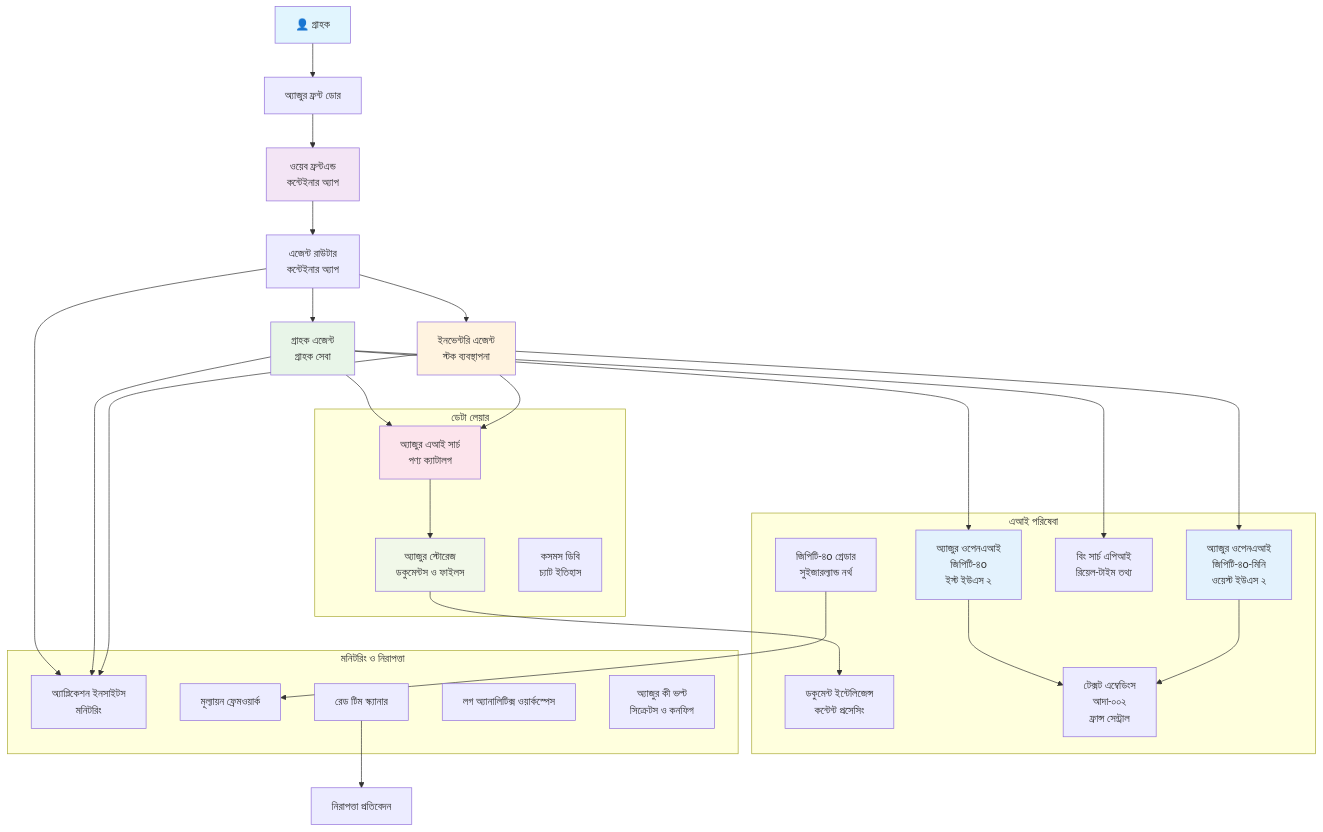
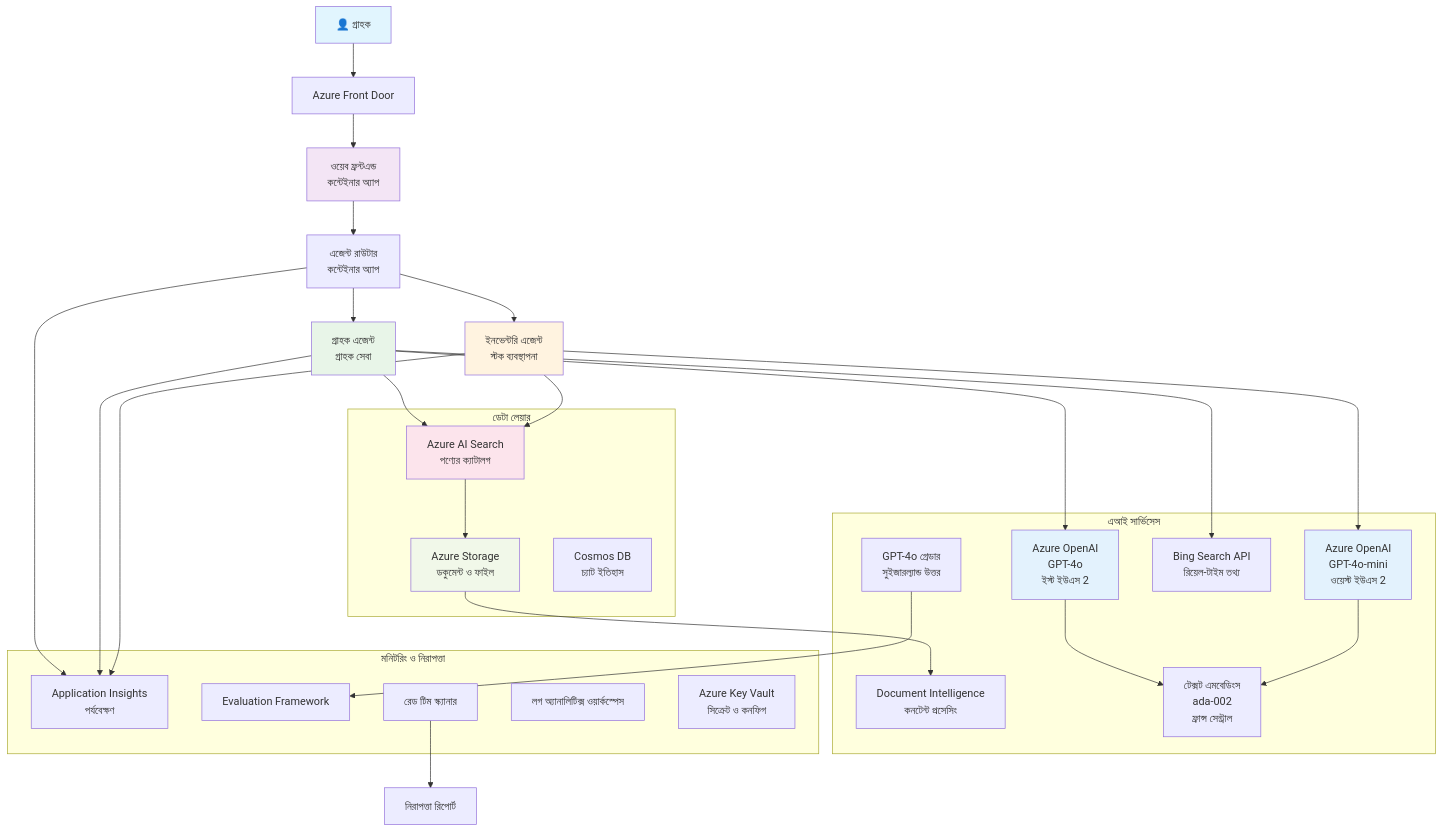
Before and after one commit to microsoft/AZD-for-beginners: the diagram in translations/bn/examples/retail-scenario.md, drawn with Mermaid. The commit also changed other lines of this file and 242 other files, not shown here.

````diff
--- a/translations/bn/examples/retail-scenario.md
+++ b/translations/bn/examples/retail-scenario.md
@@ -148,61 +139,61 @@
 ```mermaid
 graph TB
-    User[👤 গ্রাহক] --> LB[অ্যাজুর ফ্রন্ট ডোর]
+    User[👤 গ্রাহক] --> LB[Azure Front Door]
     LB --> WebApp[ওয়েব ফ্রন্টএন্ড<br/>কন্টেইনার অ্যাপ]
     
     WebApp --> Router[এজেন্ট রাউটার<br/>কন্টেইনার অ্যাপ]
     Router --> CustomerAgent[গ্রাহক এজেন্ট<br/>গ্রাহক সেবা]
     Router --> InvAgent[ইনভেন্টরি এজেন্ট<br/>স্টক ব্যবস্থাপনা]
     
-    CustomerAgent --> OpenAI1[অ্যাজুর ওপেনএআই<br/>জিপিটি-৪o<br/>ইস্ট ইউএস ২]
-    InvAgent --> OpenAI2[অ্যাজুর ওপেনএআই<br/>জিপিটি-৪o-মিনি<br/>ওয়েস্ট ইউএস ২]
+    CustomerAgent --> OpenAI1[Azure OpenAI<br/>GPT-4o<br/>ইস্ট ইউএস 2]
+    InvAgent --> OpenAI2[Azure OpenAI<br/>GPT-4o-mini<br/>ওয়েস্ট ইউএস 2]
     
-    CustomerAgent --> AISearch[অ্যাজুর এআই সার্চ<br/>পণ্য ক্যাটালগ]
-    CustomerAgent --> BingSearch[বিং সার্চ এপিআই<br/>রিয়েল-টাইম তথ্য]
+    CustomerAgent --> AISearch[Azure AI Search<br/>পণ্যের ক্যাটালগ]
+    CustomerAgent --> BingSearch[Bing Search API<br/>রিয়েল-টাইম তথ্য]
     InvAgent --> AISearch
     
-    AISearch --> Storage[অ্যাজুর স্টোরেজ<br/>ডকুমেন্টস ও ফাইলস]
-    Storage --> DocIntel[ডকুমেন্ট ইন্টেলিজেন্স<br/>কন্টেন্ট প্রসেসিং]
+    AISearch --> Storage[Azure Storage<br/>ডকুমেন্ট ও ফাইল]
+    Storage --> DocIntel[Document Intelligence<br/>কনটেন্ট প্রসেসিং]
     
-    OpenAI1 --> Embeddings[টেক্সট এম্বেডিংস<br/>আদা-০০২<br/>ফ্রান্স সেন্ট্রাল]
+    OpenAI1 --> Embeddings[টেক্সট এমবেডিংস<br/>ada-002<br/>ফ্রান্স সেন্ট্রাল]
     OpenAI2 --> Embeddings
     
-    Router --> AppInsights[অ্যাপ্লিকেশন ইনসাইটস<br/>মনিটরিং]
+    Router --> AppInsights[Application Insights<br/>পর্যবেক্ষণ]
     CustomerAgent --> AppInsights
     InvAgent --> AppInsights
     
-    GraderModel[জিপিটি-৪o গ্রেডার<br/>সুইজারল্যান্ড নর্থ] --> Evaluation[মূল্যায়ন ফ্রেমওয়ার্ক]
-    RedTeam[রেড টিম স্ক্যানার] --> SecurityReports[নিরাপত্তা প্রতিবেদন]
+    GraderModel[GPT-4o গ্রেডার<br/>সুইজারল্যান্ড উত্তর] --> Evaluation[Evaluation Framework]
+    RedTeam[রেড টিম স্ক্যানার] --> SecurityReports[নিরাপত্তা রিপোর্ট]
     
     subgraph "ডেটা লেয়ার"
         Storage
         AISearch
-        CosmosDB[কসমস ডিবি<br/>চ্যাট ইতিহাস]
+        CosmosDB[Cosmos DB<br/>চ্যাট ইতিহাস]
     end
     
-    subgraph "এআই পরিষেবা"
+    subgraph "এআই সার্ভিসেস"
         OpenAI1
         OpenAI2
         Embeddings
         GraderModel
         DocIntel
         BingSearch
     end
     
     subgraph "মনিটরিং ও নিরাপত্তা"
         AppInsights
         LogAnalytics[লগ অ্যানালিটিক্স ওয়ার্কস্পেস]
-        KeyVault[অ্যাজুর কী ভল্ট<br/>সিক্রেটস ও কনফিগ]
+        KeyVault[Azure Key Vault<br/>সিক্রেট ও কনফিগ]
         RedTeam
         Evaluation
     end
     
     style User fill:#e1f5fe
     style WebApp fill:#f3e5f5
     style CustomerAgent fill:#e8f5e8
     style InvAgent fill:#fff3e0
     style OpenAI1 fill:#e3f2fd
     style OpenAI2 fill:#e3f2fd
     style AISearch fill:#fce4ec
     style Storage fill:#f1f8e9
 ```
````
